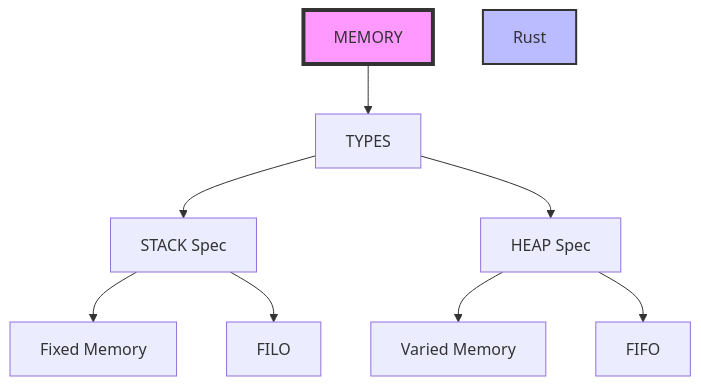
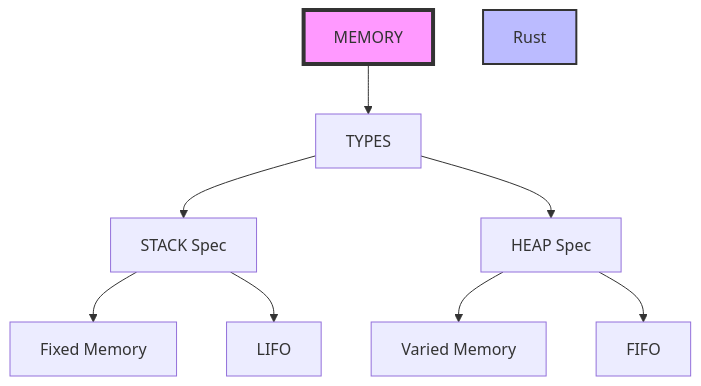
One commit to molix2000/rst-2026 changed the diagram in README.md. Above: the diagram before and after it, drawn with Mermaid.

Commit message:
correct typo

````diff
--- a/README.md
+++ b/README.md
@@ -15,21 +15,22 @@
 ```mermaid
 
 flowchart TD;
 
 
     ReadMe[MEMORY] --> MEMRef
     MEMRef[TYPES]
     
     
     MEMRef --> STACK[STACK Spec]
     MEMRef --> HEAP[HEAP Spec]
 
     STACK --> FM[Fixed Memory]
     HEAP --> VM[Varied Memory]
-    STACK --> ORDL[FILO]
+    STACK --> ORDL[LIFO]
     HEAP --> ORDF[FIFO]
+
 
     style ReadMe fill:#f9f,stroke:#333,stroke-width:4px
     style Rust fill:#bbf,stroke:#333,stroke-width:2px
 
 ```
````
